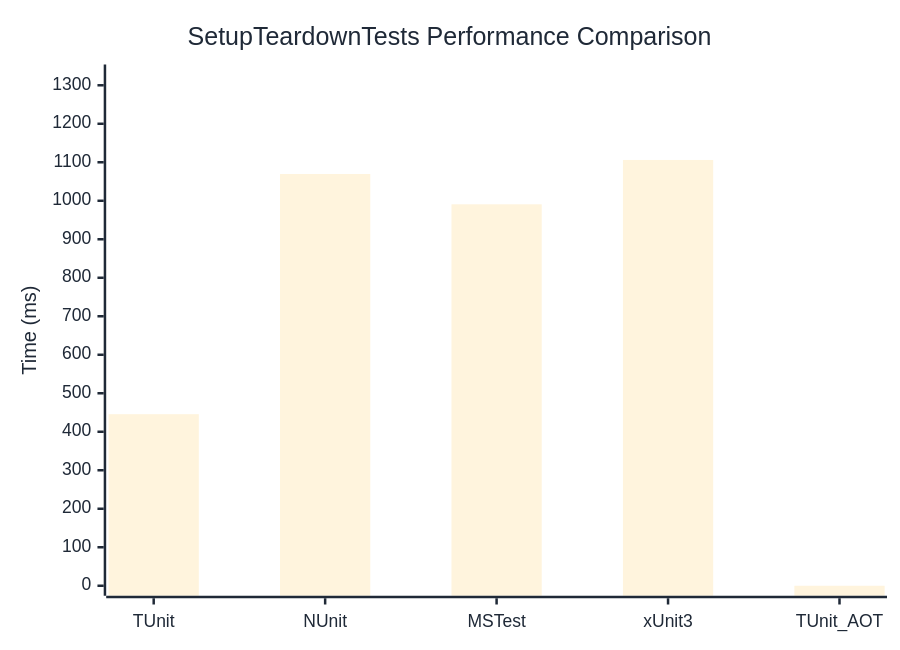
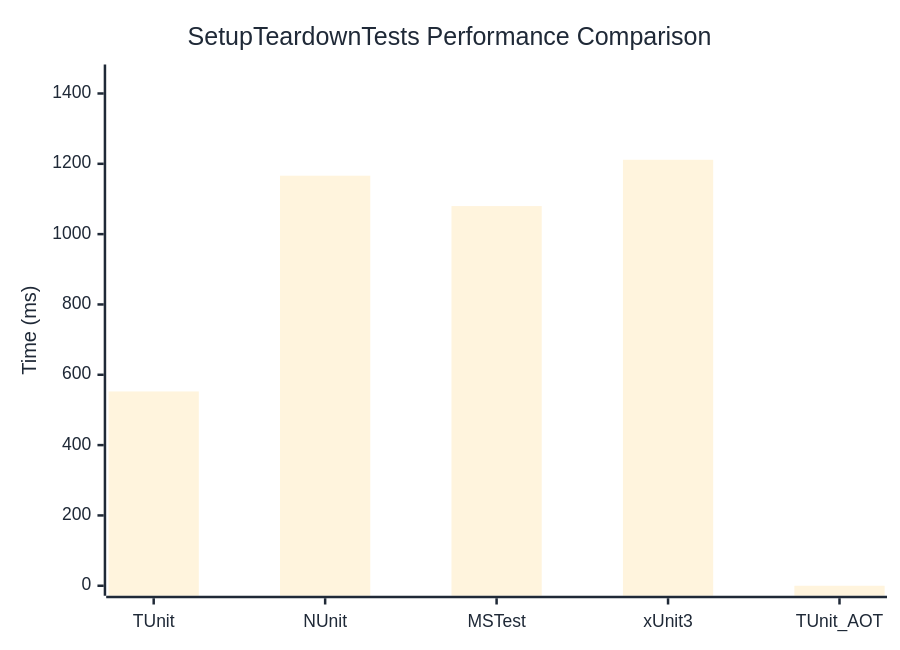
Before and after one commit to thomhurst/TUnit: the diagram in docs/docs/benchmarks/SetupTeardownTests.md, drawn with Mermaid. The commit also changed other lines of this file and 17 other files, not shown here.

````diff
--- a/docs/docs/benchmarks/SetupTeardownTests.md
+++ b/docs/docs/benchmarks/SetupTeardownTests.md
@@ -27,37 +27,37 @@
 ```mermaid
 %%{init: {
   'theme':'base',
   'themeVariables': {
     'primaryColor': '#2563eb',
     'primaryTextColor': '#1f2937',
     'primaryBorderColor': '#1e40af',
     'lineColor': '#6b7280',
     'secondaryColor': '#7c3aed',
     'tertiaryColor': '#dc2626',
     'background': '#ffffff',
     'mainBkg': '#2563eb',
     'secondBkg': '#7c3aed',
     'tertiaryBkg': '#dc2626',
     'clusterBkg': '#f3f4f6',
     'edgeLabelBackground': '#ffffff',
     'tertiaryTextColor': '#1f2937',
     'pie1': '#2563eb',
     'pie2': '#7c3aed',
     'pie3': '#dc2626',
     'pie4': '#f59e0b',
     'pie5': '#10b981',
     'pie6': '#06b6d4',
     'pie7': '#ec4899',
     'pie8': '#6366f1',
     'pie9': '#84cc16',
     'pie10': '#f97316',
     'pie11': '#14b8a6',
     'pie12': '#a855f7'
   }
 }}%%
 xychart-beta
   title "SetupTeardownTests Performance Comparison"
   x-axis ["TUnit", "NUnit", "MSTest", "xUnit3", "TUnit_AOT"]
-  y-axis "Time (ms)" 0 --> 1328
-  bar [445.6, 1069.5, 990.8, 1106, 0]
+  y-axis "Time (ms)" 0 --> 1454
+  bar [552.6, 1166.2, 1079.8, 1211.4, 0]
 ```
````
